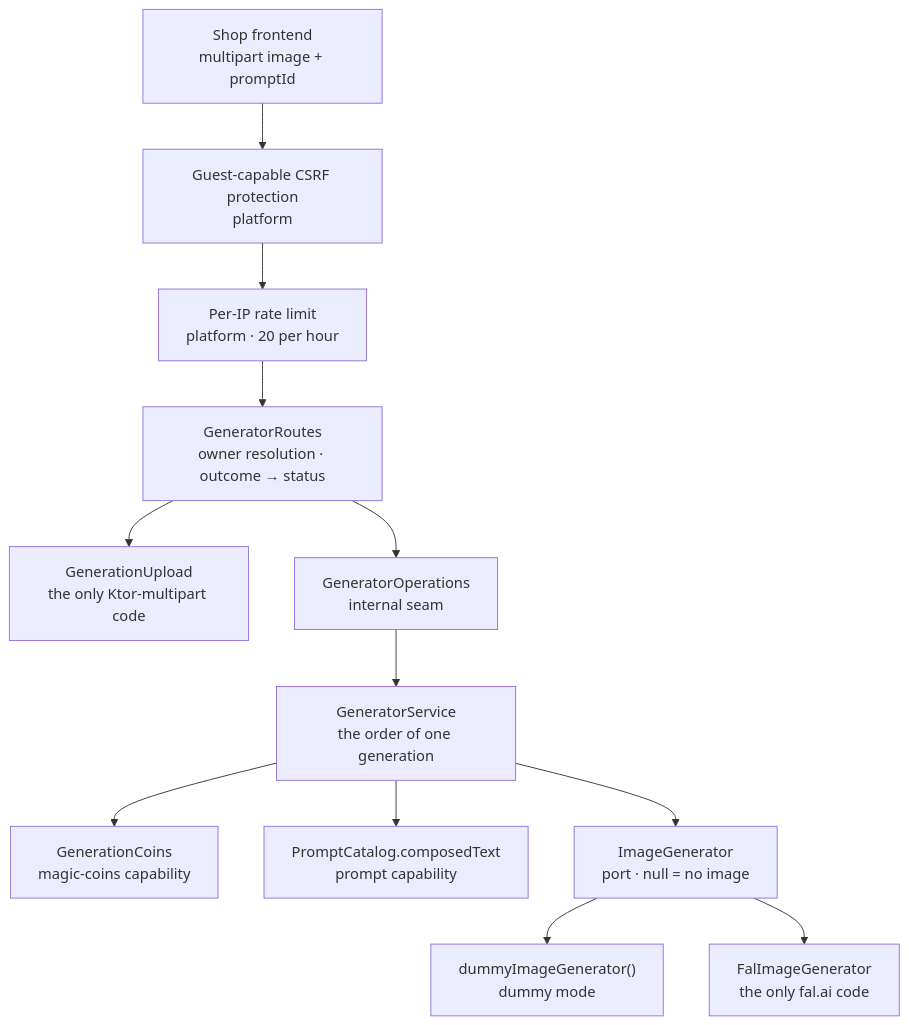
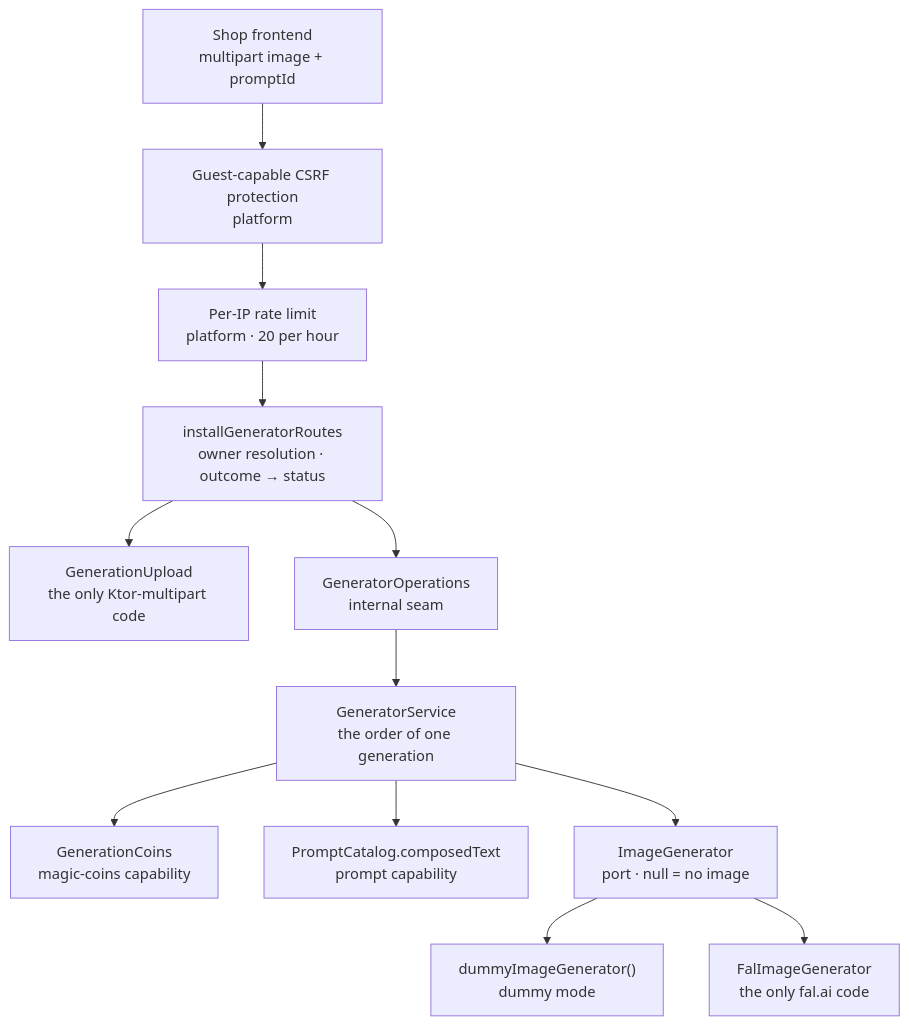
One commit to bitstorm-tech/voenix-shop-kotlin changed the diagram in docs/dev/backend/generator-package.md. Above: the diagram before and after it, drawn with Mermaid. The commit also changed other lines of this file and 94 other files, not shown here.

````diff
--- a/docs/dev/backend/generator-package.md
+++ b/docs/dev/backend/generator-package.md
@@ -34,24 +34,24 @@
 ```mermaid
 flowchart TB
     Client["Shop frontend<br/>multipart image + promptId"]
     Csrf["Guest-capable CSRF protection<br/>platform"]
     Limit["Per-IP rate limit<br/>platform · 20 per hour"]
-    Routes["GeneratorRoutes<br/>owner resolution · outcome → status"]
+    Routes["installGeneratorRoutes<br/>owner resolution · outcome → status"]
     Upload["GenerationUpload<br/>the only Ktor-multipart code"]
     Operations["GeneratorOperations<br/>internal seam"]
     Service["GeneratorService<br/>the order of one generation"]
     Coins["GenerationCoins<br/>magic-coins capability"]
     Prompts["PromptCatalog.composedText<br/>prompt capability"]
     Port["ImageGenerator<br/>port · null = no image"]
     Dummy["dummyImageGenerator()<br/>dummy mode"]
     Fal["FalImageGenerator<br/>the only fal.ai code"]
 
     Client --> Csrf --> Limit --> Routes
     Routes --> Upload
     Routes --> Operations --> Service
     Service --> Coins
     Service --> Prompts
     Service --> Port
     Port --> Dummy
     Port --> Fal
 ```
````
